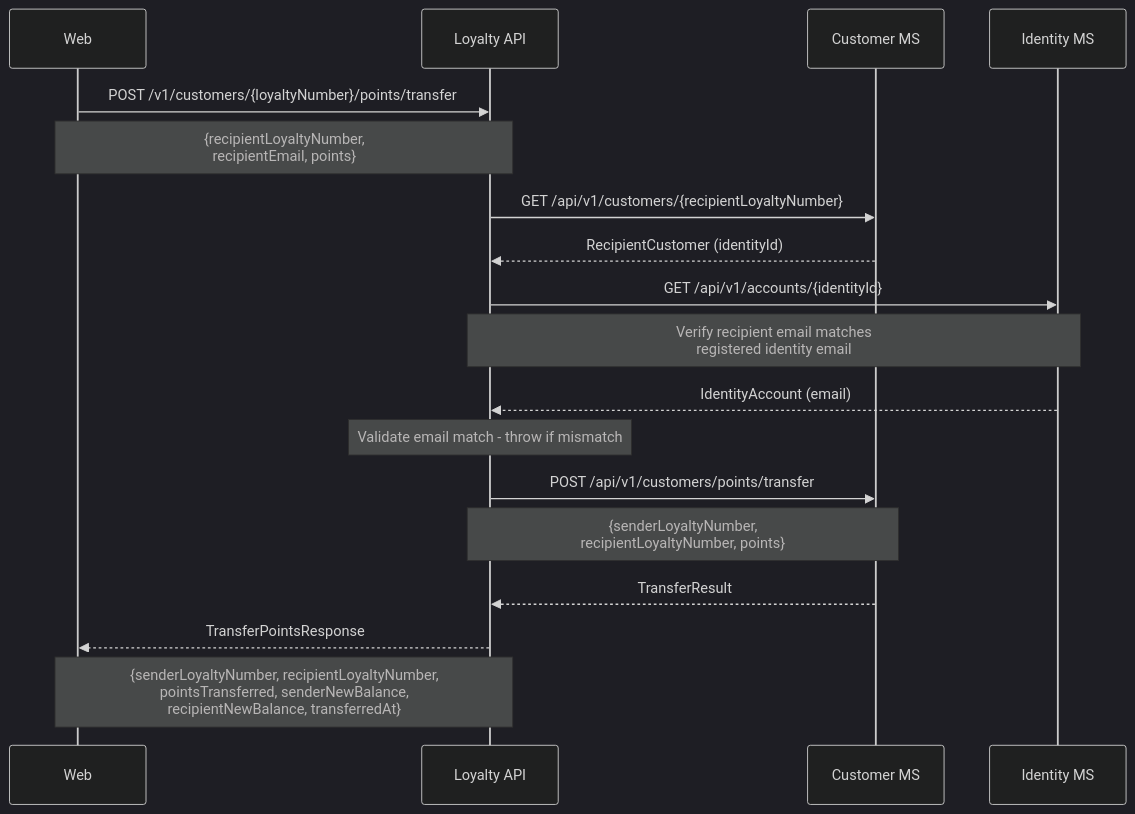
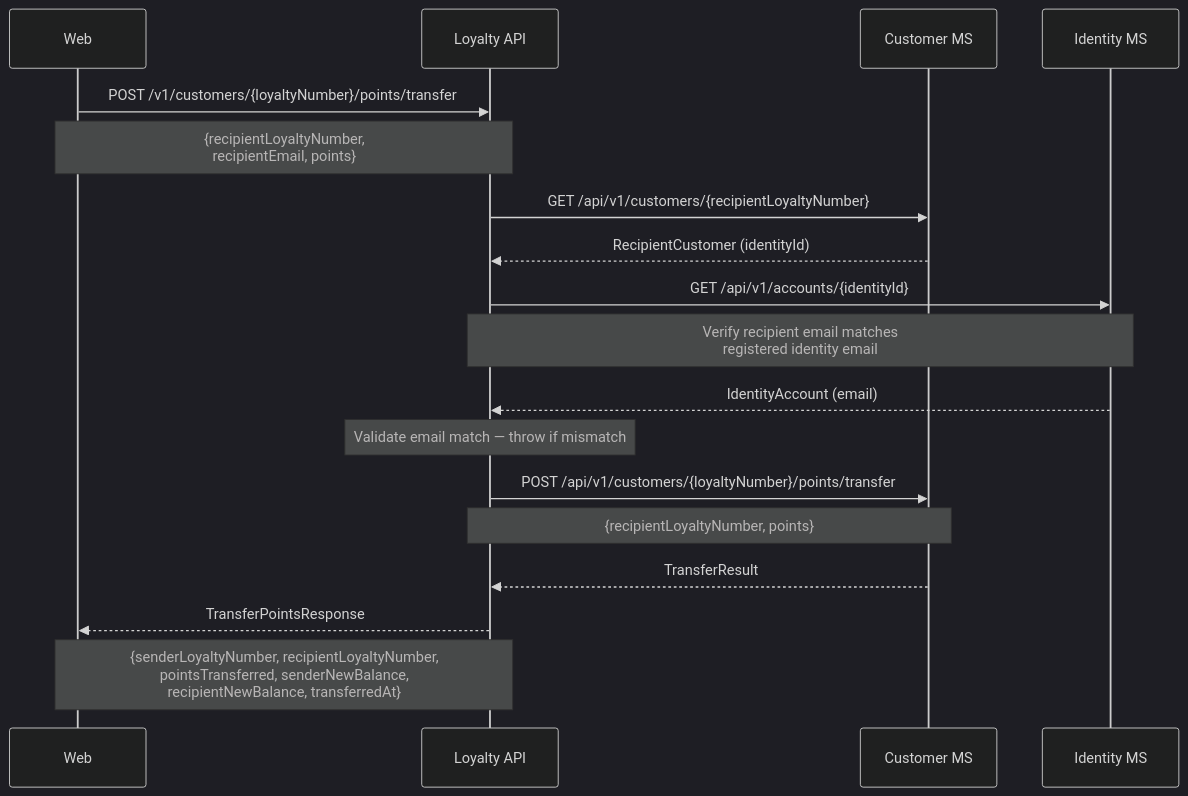
The seventh of 11 diagrams in documentation/sequences/customer.md (sebharvey/airline-reservation-system), drawn with Mermaid (dark theme) before and after one commit. The commit also changed other lines of this file and 11 other files, not shown here.

````diff
--- a/documentation/sequences/customer.md
+++ b/documentation/sequences/customer.md
@@ -114,26 +115,26 @@
 ```mermaid
 sequenceDiagram
     participant Web
     participant LoyaltyAPI as Loyalty API
     participant CustomerMS as Customer MS
     participant IdentityMS as Identity MS
 
     Web->>LoyaltyAPI: POST /v1/customers/{loyaltyNumber}/points/transfer
     Note over Web,LoyaltyAPI: {recipientLoyaltyNumber,<br/>recipientEmail, points}
 
     LoyaltyAPI->>CustomerMS: GET /api/v1/customers/{recipientLoyaltyNumber}
     CustomerMS-->>LoyaltyAPI: RecipientCustomer (identityId)
 
     LoyaltyAPI->>IdentityMS: GET /api/v1/accounts/{identityId}
     Note over LoyaltyAPI,IdentityMS: Verify recipient email matches<br/>registered identity email
     IdentityMS-->>LoyaltyAPI: IdentityAccount (email)
 
-    Note over LoyaltyAPI: Validate email match - throw if mismatch
+    Note over LoyaltyAPI: Validate email match — throw if mismatch
 
-    LoyaltyAPI->>CustomerMS: POST /api/v1/customers/points/transfer
-    Note over LoyaltyAPI,CustomerMS: {senderLoyaltyNumber,<br/>recipientLoyaltyNumber, points}
+    LoyaltyAPI->>CustomerMS: POST /api/v1/customers/{loyaltyNumber}/points/transfer
+    Note over LoyaltyAPI,CustomerMS: {recipientLoyaltyNumber, points}
     CustomerMS-->>LoyaltyAPI: TransferResult
 
     LoyaltyAPI-->>Web: TransferPointsResponse
     Note over LoyaltyAPI,Web: {senderLoyaltyNumber, recipientLoyaltyNumber,<br/>pointsTransferred, senderNewBalance,<br/>recipientNewBalance, transferredAt}
 ```
````
